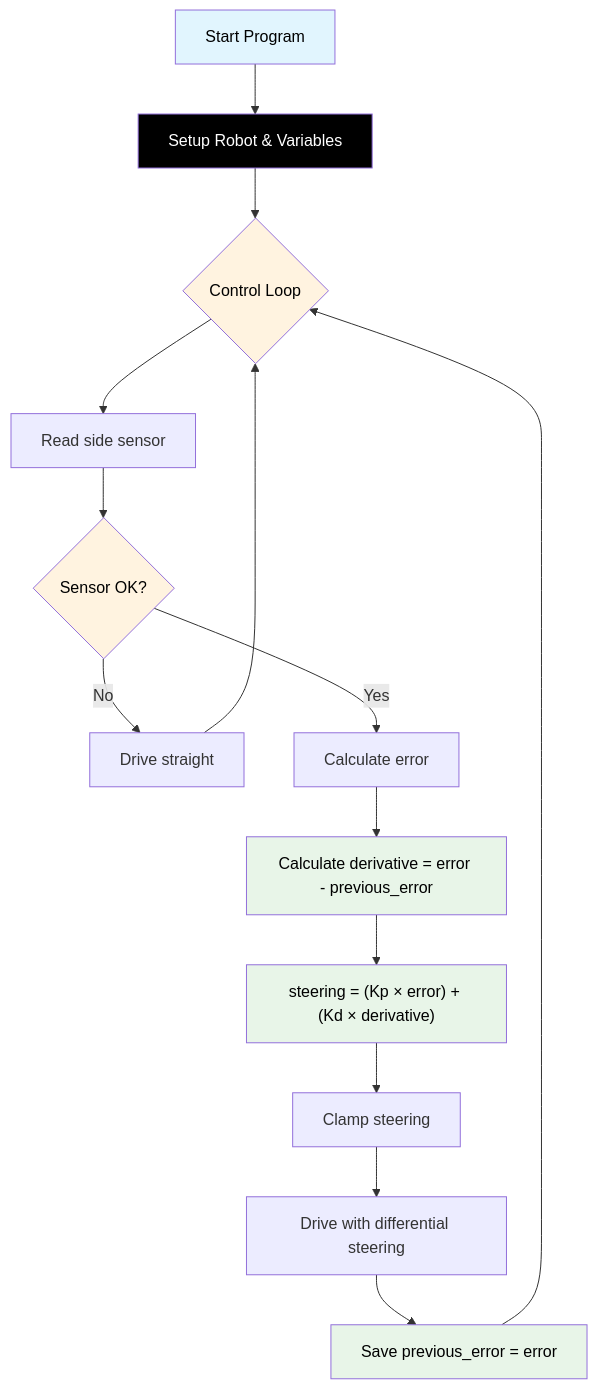
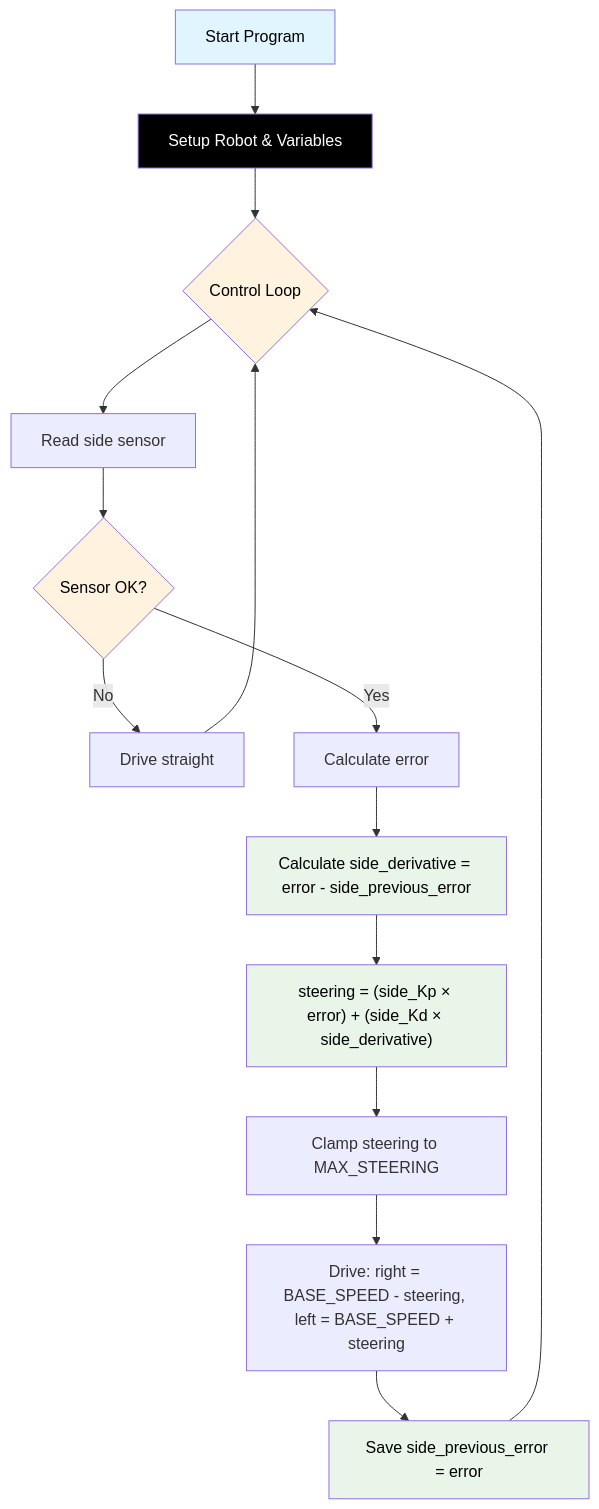
One commit to TempeHS/RP2040_Competition_Robot changed the diagram in docs/Challenge_2.md. Above: the diagram before and after it, drawn with Mermaid. The commit also changed other lines of this file and 10 other files, not shown here.

````diff
--- a/docs/Challenge_2.md
+++ b/docs/Challenge_2.md
@@ -29,24 +29,24 @@
 ```mermaid
 flowchart TD
     A[Start Program] --> B[Setup Robot & Variables]
     B --> C{Control Loop}
     C --> D[Read side sensor]
     D --> E{Sensor OK?}
     E -- No --> F[Drive straight]
     F --> C
     E -- Yes --> G[Calculate error]
-    G --> H["Calculate derivative = error - previous_error"]
-    H --> I["steering = (Kp × error) + (Kd × derivative)"]
-    I --> J[Clamp steering]
-    J --> K["Drive with differential steering"]
-    K --> L["Save previous_error = error"]
+    G --> H["Calculate side_derivative = error - side_previous_error"]
+    H --> I["steering = (side_Kp × error) + (side_Kd × side_derivative)"]
+    I --> J[Clamp steering to MAX_STEERING]
+    J --> K["Drive: right = BASE_SPEED - steering, left = BASE_SPEED + steering"]
+    K --> L["Save side_previous_error = error"]
     L --> C
 
     style A fill:#e1f5fe,color:#000000
     style B fill:#000000,color:#ffffff
     style C fill:#fff3e0,color:#000000
     style E fill:#fff3e0,color:#000000
     style H fill:#e8f5e8,color:#000000
     style I fill:#e8f5e8,color:#000000
     style L fill:#e8f5e8,color:#000000
 ```
````
